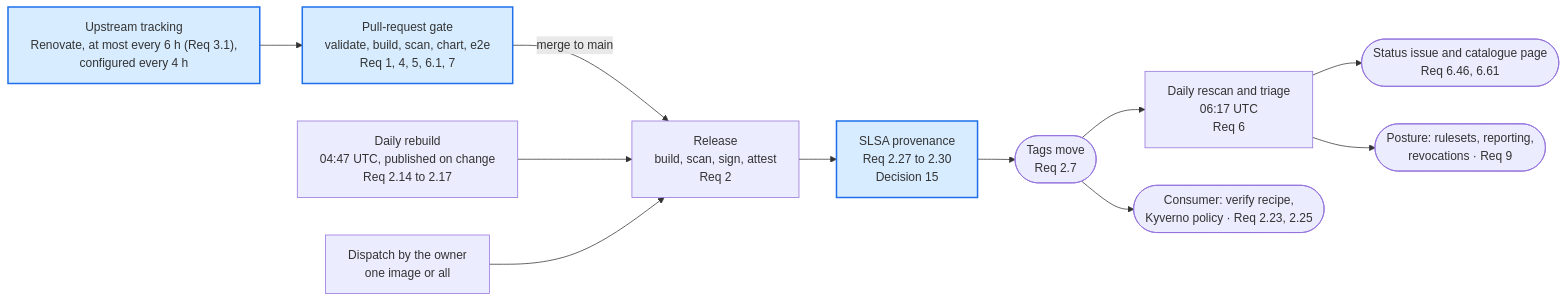
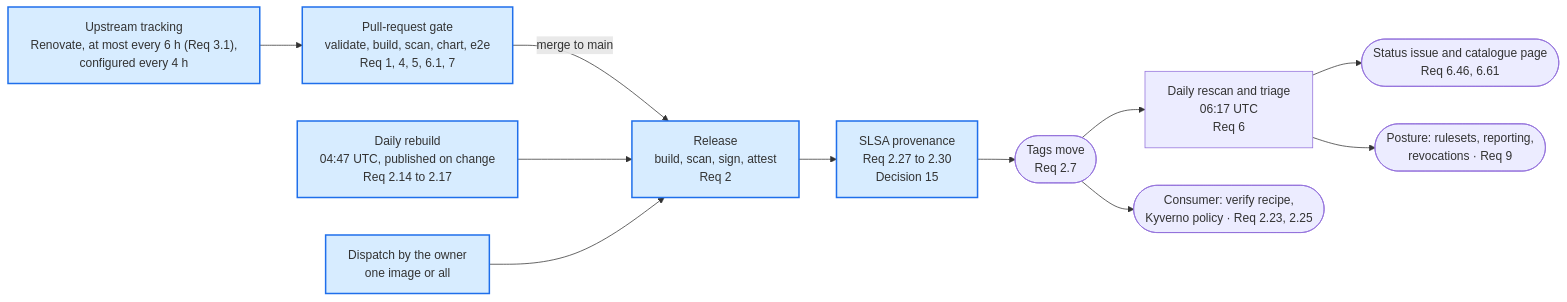
The first of 18 diagrams in docs/lanes.md (mm-weber/dhc-pipeline), drawn with Mermaid before and after one commit. The commit also changed other lines of this file, not shown here.

````diff
--- a/docs/lanes.md
+++ b/docs/lanes.md
@@ -9,16 +9,16 @@
 ```mermaid
 %%{init: {"flowchart": {"wrappingWidth": 340}}}%%
 flowchart LR
     U["Upstream tracking<br/>Renovate, at most every 6 h (Req 3.1),<br/>configured every 4 h"] --> G["Pull-request gate<br/>validate, build, scan, chart, e2e<br/>Req 1, 4, 5, 6.1, 7"]
     G -->|merge to main| R["Release<br/>build, scan, sign, attest<br/>Req 2"]
     S["Daily rebuild<br/>04:47 UTC, published on change<br/>Req 2.14 to 2.17"] --> R
     DSP["Dispatch by the owner<br/>one image or all"] --> R
     R --> P["SLSA provenance<br/>Req 2.27 to 2.30<br/>Decision 15"]
     P --> T(["Tags move<br/>Req 2.7"])
     T --> D["Daily rescan and triage<br/>06:17 UTC<br/>Req 6"]
     D --> ST(["Status issue and catalogue page<br/>Req 6.46, 6.61"])
     D --> GOV(["Posture: rulesets, reporting,<br/>revocations · Req 9"])
     T --> C(["Consumer: verify recipe,<br/>Kyverno policy · Req 2.23, 2.25"])
     classDef drawn fill:#d7ecff,stroke:#1f6feb,stroke-width:2px
-    class U,G,P drawn
+    class U,G,R,S,DSP,P drawn
 ```
````
